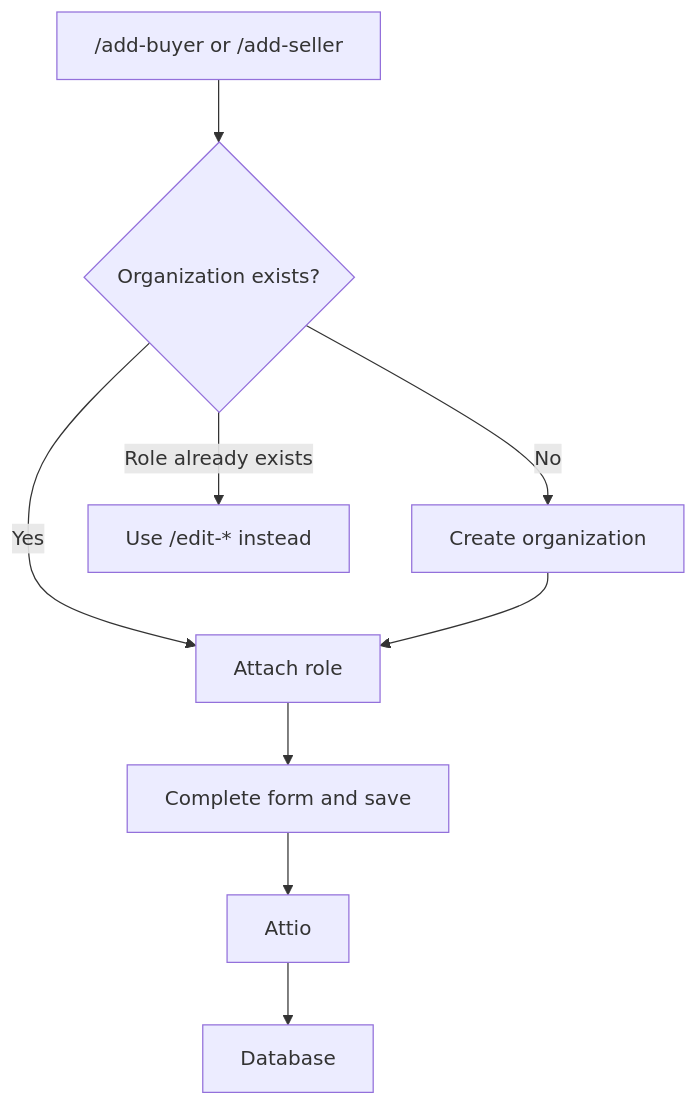
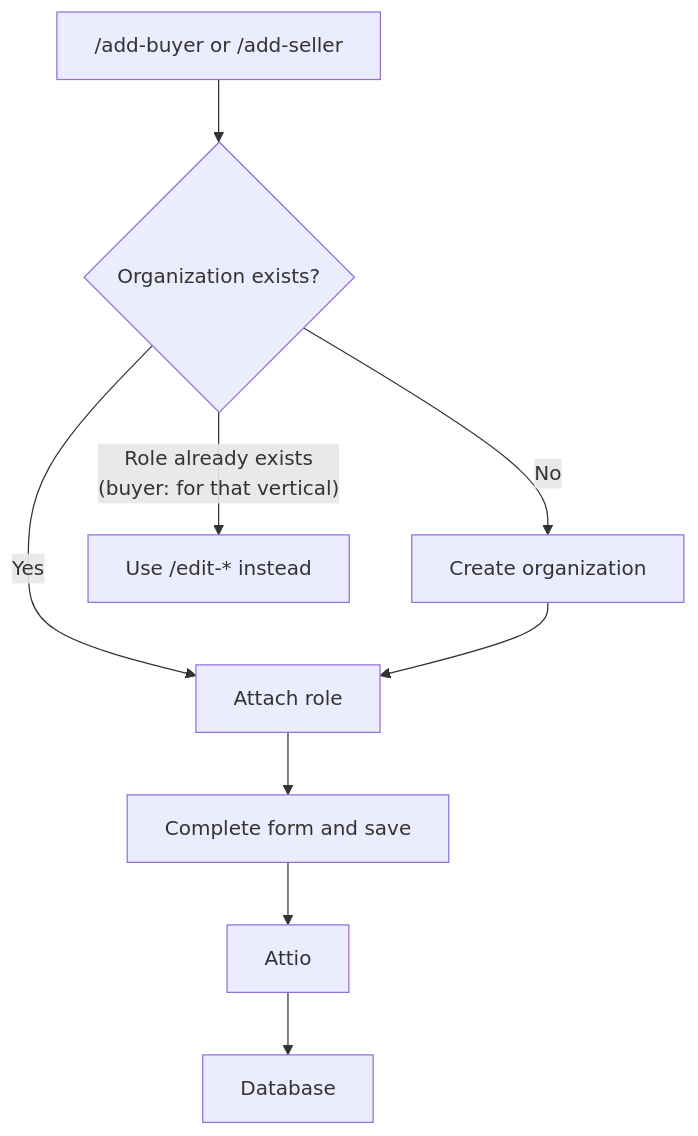
One commit to wusool-capital/wusool-infra changed the third of 4 diagrams in gitbook/user-guide/toolkit.md. Above: the diagram before and after it, drawn with Mermaid. The commit also changed other lines of this file and 6 other files, not shown here.

````diff
--- a/gitbook/user-guide/toolkit.md
+++ b/gitbook/user-guide/toolkit.md
@@ -95,9 +97,9 @@
 ```mermaid
 flowchart TD
   add["/add-buyer or /add-seller"] --> org{"Organization exists?"}
   org -- "Yes" --> role["Attach role"]
   org -- "No" --> create["Create organization"]
   create --> role
   role --> save["Complete form and save"] --> attio["Attio"] --> database["Database"]
-  org -- "Role already exists" --> edit["Use /edit-* instead"]
+  org -- "Role already exists\n(buyer: for that vertical)" --> edit["Use /edit-* instead"]
 ```
````
